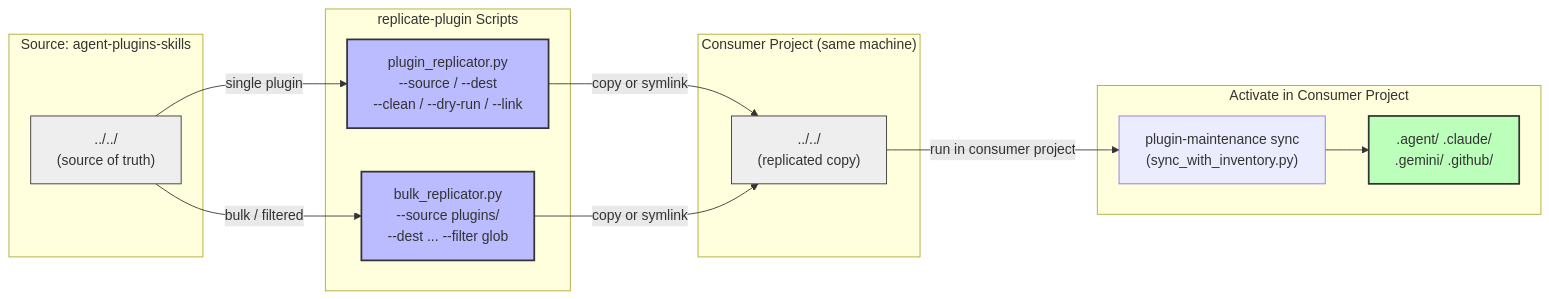
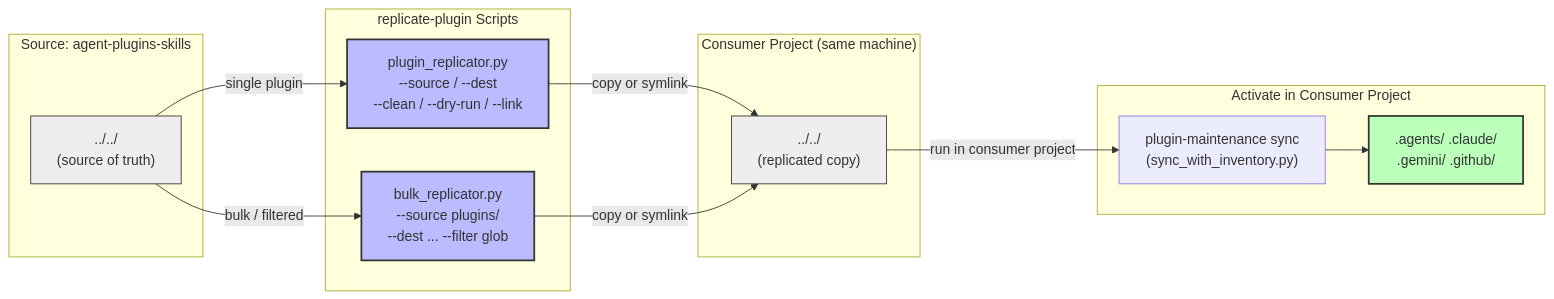
Before and after one commit to richfrem/agent-plugins-skills: the diagram in plugins/plugin-manager/assets/diagrams/plugin_replicator_diagram.mmd, drawn with Mermaid. The commit also changed 33 other files, not shown here.

Commit message:
additional symlink fixes and references to .agents vs .agent

```diff
--- a/plugins/plugin-manager/assets/diagrams/plugin_replicator_diagram.mmd
+++ b/plugins/plugin-manager/assets/diagrams/plugin_replicator_diagram.mmd
@@ -1,32 +1,32 @@
 flowchart LR
     subgraph Source ["Source: agent-plugins-skills"]
         SP["../../\n(source of truth)"]
     end
 
     subgraph Replicator ["replicate-plugin Scripts"]
         PR["plugin_replicator.py\n--source / --dest\n--clean / --dry-run / --link"]
         BR["bulk_replicator.py\n--source plugins/\n--dest ... --filter glob"]
     end
 
     subgraph DestProject ["Consumer Project (same machine)"]
         DP["../../\n(replicated copy)"]
     end
 
     subgraph Activation ["Activate in Consumer Project"]
         PM["plugin-maintenance sync\n(sync_with_inventory.py)"]
-        AE[".agent/ .claude/\n.gemini/ .github/"]
+        AE[".agents/ .claude/\n.gemini/ .github/"]
     end
 
     SP -->|"single plugin"| PR
     SP -->|"bulk / filtered"| BR
     PR -->|"copy or symlink"| DP
     BR -->|"copy or symlink"| DP
     DP -->|"run in consumer project"| PM
     PM --> AE
 
     classDef script fill:#bbf,stroke:#333,stroke-width:2px
     classDef store fill:#eee,stroke:#333,stroke-width:1px
     classDef agent fill:#bfb,stroke:#333,stroke-width:2px
     class PR,BR script
     class SP,DP store
     class AE agent
```
